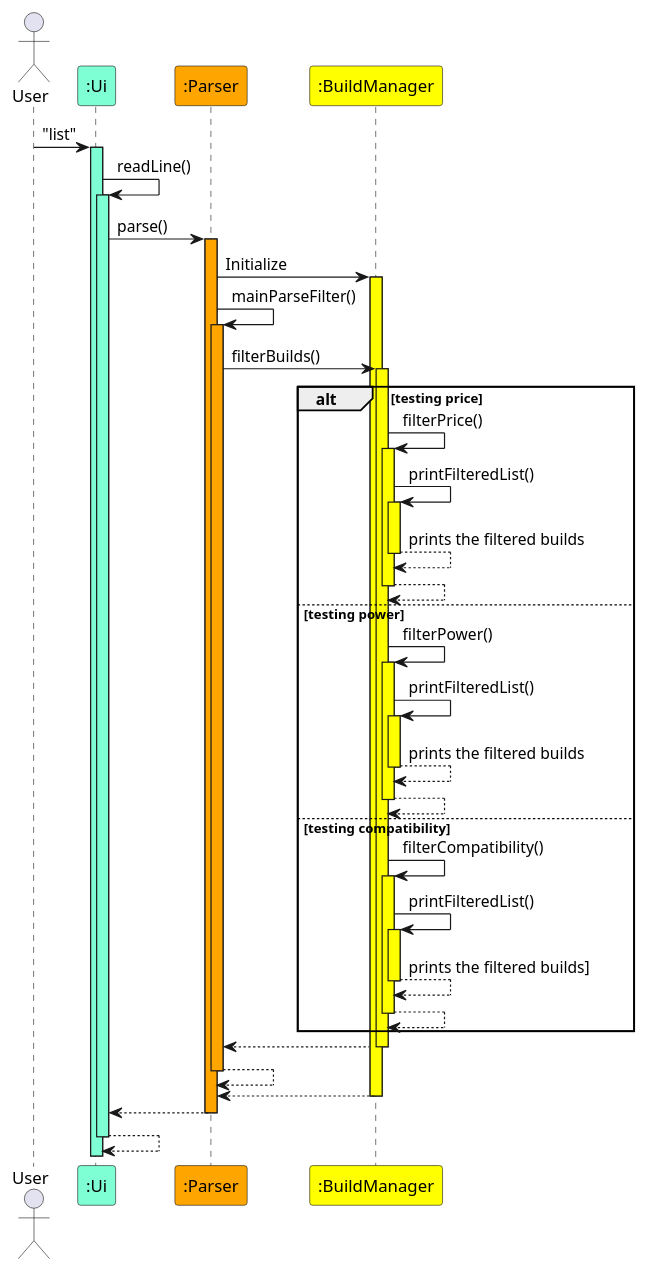
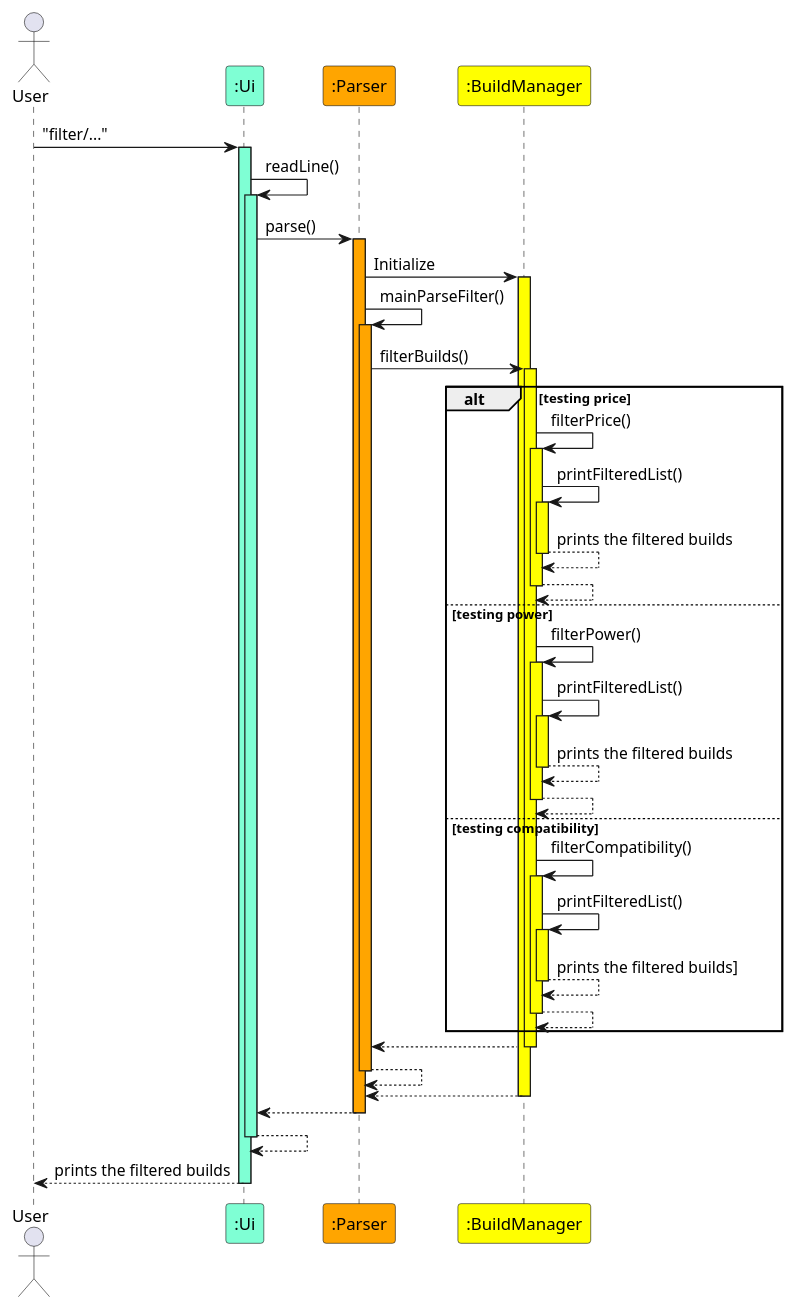
One commit to nus-cs2113-AY2223S1/tp changed the diagram in docs/puml/BuildManagerFilterSequence.puml. Above: the diagram before and after it, drawn with PlantUML. The commit also changed 22 other files, not shown here.

```diff
--- a/docs/puml/BuildManagerFilterSequence.puml
+++ b/docs/puml/BuildManagerFilterSequence.puml
@@ -1,46 +1,48 @@
 @startuml
 
 actor User
 Participant ":Ui" as Ui #AquaMarine
 Participant ":Parser" as Parser #Orange
 Participant ":BuildManager" as BuildManager #Yellow
 
-User -> Ui ++ #AquaMarine : "list"
+User -> Ui ++ #AquaMarine : "filter/..."
 
 Ui -> Ui ++ #AquaMarine : readLine()
 
 Ui -> Parser ++ #Orange : parse()
 
 Parser -> BuildManager ++ #Yellow : Initialize
 
 Parser -> Parser ++ #Orange : mainParseFilter()
 
 Parser -> BuildManager ++ #Yellow : filterBuilds()
 
 alt testing price
     BuildManager -> BuildManager ++ #Yellow : filterPrice()
     BuildManager -> BuildManager ++ #Yellow : printFilteredList()
     return prints the filtered builds
     return
 else testing power
     BuildManager -> BuildManager ++ #Yellow : filterPower()
     BuildManager -> BuildManager ++ #Yellow : printFilteredList()
     return prints the filtered builds
     return
 else testing compatibility
     BuildManager -> BuildManager ++ #Yellow : filterCompatibility()
     BuildManager -> BuildManager ++ #Yellow : printFilteredList()
     return prints the filtered builds]
     return
 end
 
 return
 
 return
 
 return
 
 return
 
 return
+
+return prints the filtered builds
 @enduml
```
